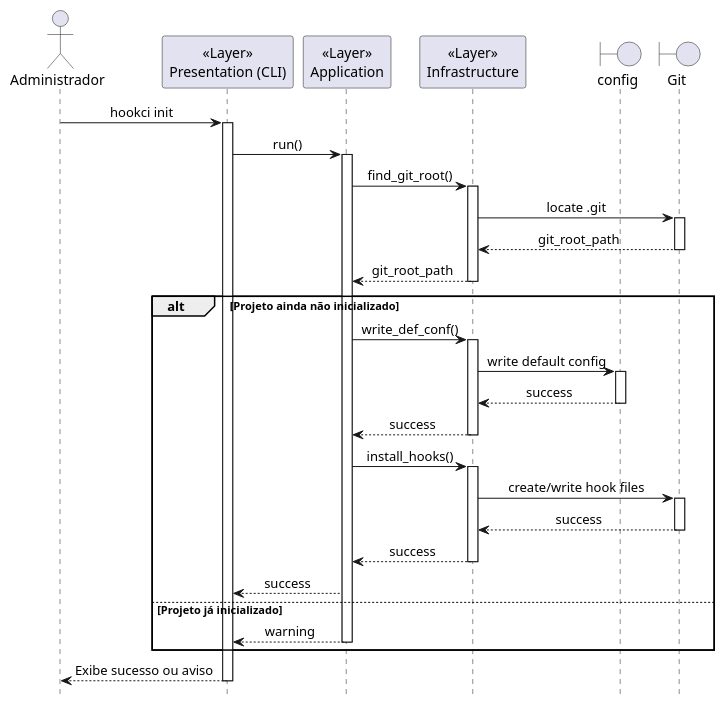
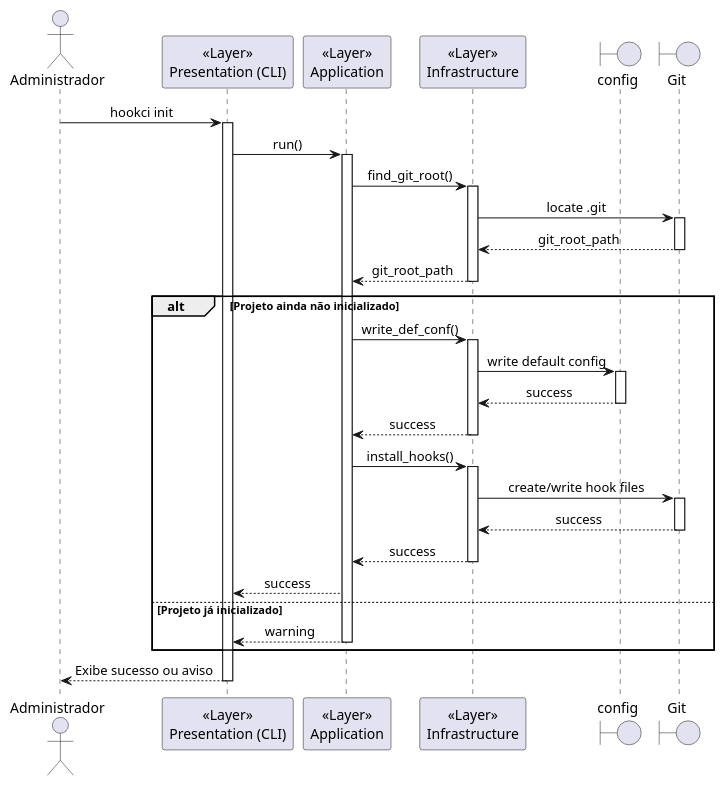
One commit to h3nc4/tmp changed the diagram in Artefatos/diagramas/sequencia/init.wsd. Above: the diagram before and after it, drawn with PlantUML. The commit also changed 42 other files, not shown here.

Commit message:
better diagram resolution

```diff
--- a/Artefatos/diagramas/sequencia/init.wsd
+++ b/Artefatos/diagramas/sequencia/init.wsd
@@ -1,52 +1,50 @@
 @startuml init
-!theme _none_
 skinparam sequenceMessageAlign center
-hide footbox
 
 actor "Administrador" as User
 participant "<<Layer>>\nPresentation (CLI)" as CLI
 participant "<<Layer>>\nApplication" as App
 participant "<<Layer>>\nInfrastructure" as Infra
 boundary "config" as ConfigFile
 boundary "Git" as GitSystem
 
 User -> CLI : hookci init
 activate CLI
 CLI -> App : run()
 activate App
 App -> Infra : find_git_root()
 activate Infra
 Infra -> GitSystem : locate .git
 activate GitSystem
 GitSystem --> Infra : git_root_path
 deactivate GitSystem
 Infra --> App : git_root_path
 deactivate Infra
 
 alt Projeto ainda não inicializado
 	App -> Infra : write_def_conf()
 	activate Infra
 	Infra -> ConfigFile : write default config
 	activate ConfigFile
 	ConfigFile --> Infra : success
 	deactivate ConfigFile
 	Infra --> App : success
 	deactivate Infra
 
 	App -> Infra : install_hooks()
 	activate Infra
 	Infra -> GitSystem : create/write hook files
 	activate GitSystem
 	GitSystem --> Infra : success
 	deactivate GitSystem
 	Infra --> App : success
 	deactivate Infra
 	App --> CLI : success
 else Projeto já inicializado
 	App --> CLI : warning
 	deactivate App
 end
 
 CLI --> User : Exibe sucesso ou aviso
 deactivate CLI
 @enduml
```
